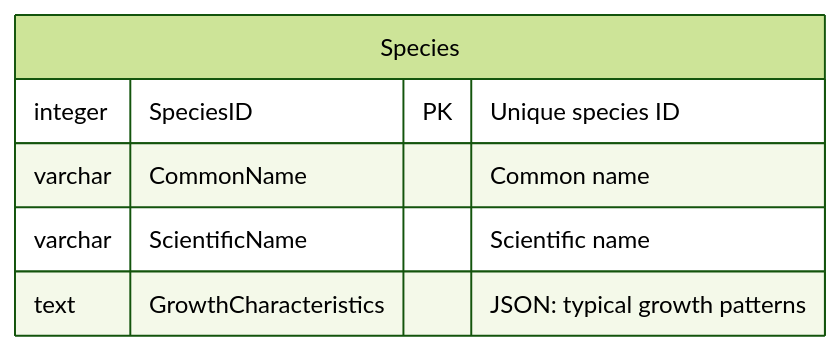
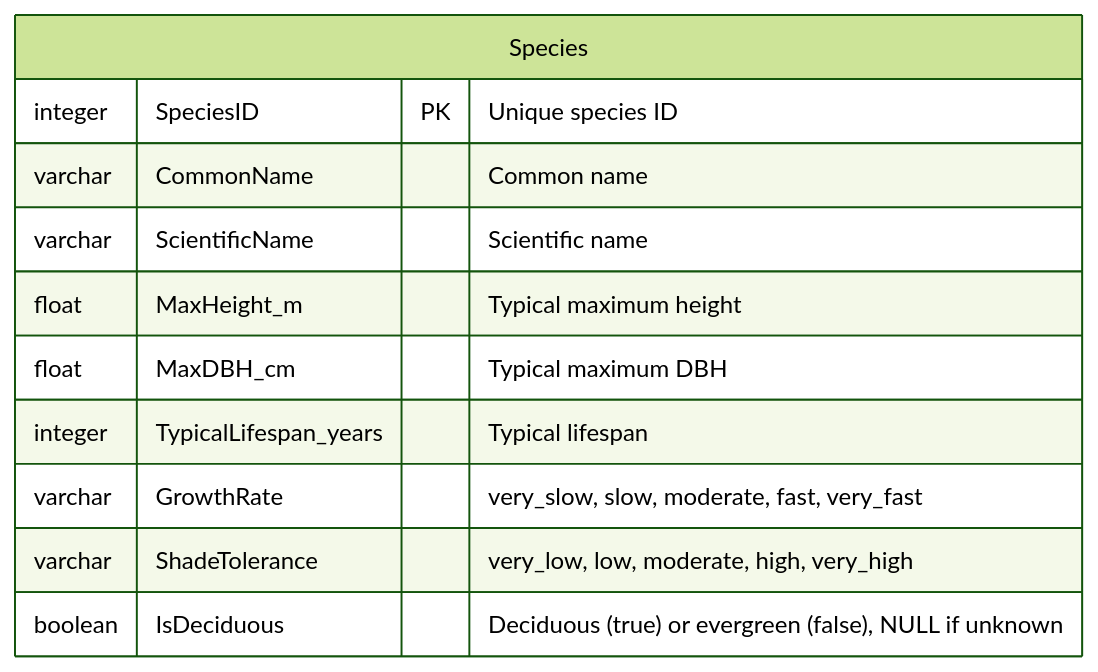
One commit to XRFutureForests/digital-twin-db changed the third of 20 diagrams in docs/database-schema.md. Above: the diagram before and after it, drawn with Mermaid (forest theme). The commit also changed other lines of this file and 25 other files, not shown here.

Commit message:
feat: Add Campaigns table for data collection events and enhance Trees schema with new measurement fields

````diff
--- a/docs/database-schema.md
+++ b/docs/database-schema.md
@@ -189,9 +227,14 @@
 ```mermaid
 erDiagram
     Species {
         integer SpeciesID PK "Unique species ID"
         varchar CommonName "Common name"
         varchar ScientificName "Scientific name"
-        text GrowthCharacteristics "JSON: typical growth patterns"
+        float MaxHeight_m "Typical maximum height"
+        float MaxDBH_cm "Typical maximum DBH"
+        integer TypicalLifespan_years "Typical lifespan"
+        varchar GrowthRate "very_slow, slow, moderate, fast, very_fast"
+        varchar ShadeTolerance "very_low, low, moderate, high, very_high"
+        boolean IsDeciduous "Deciduous (true) or evergreen (false), NULL if unknown"
     }
 ```
````
